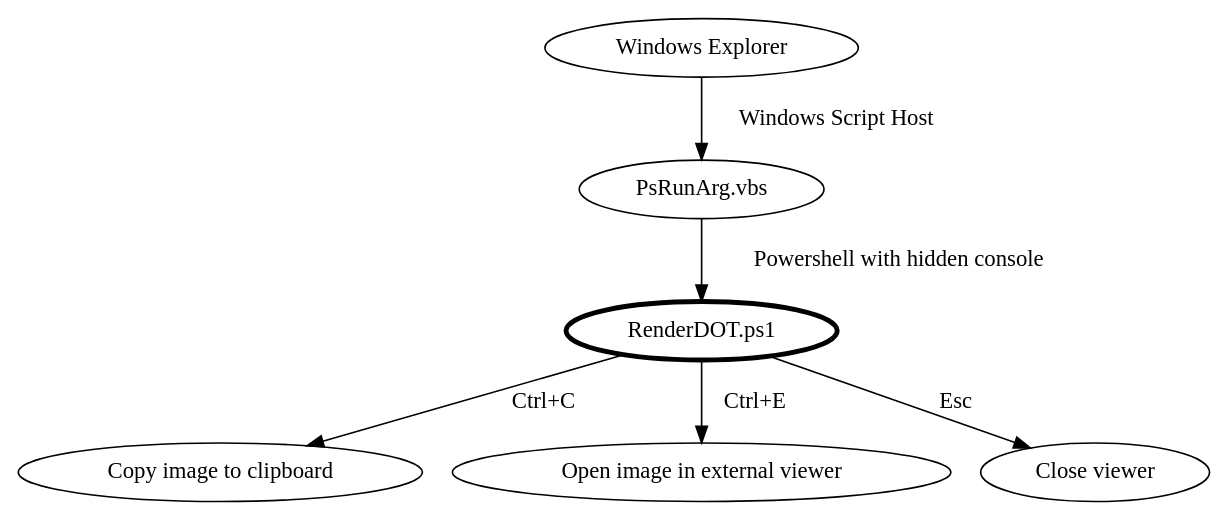
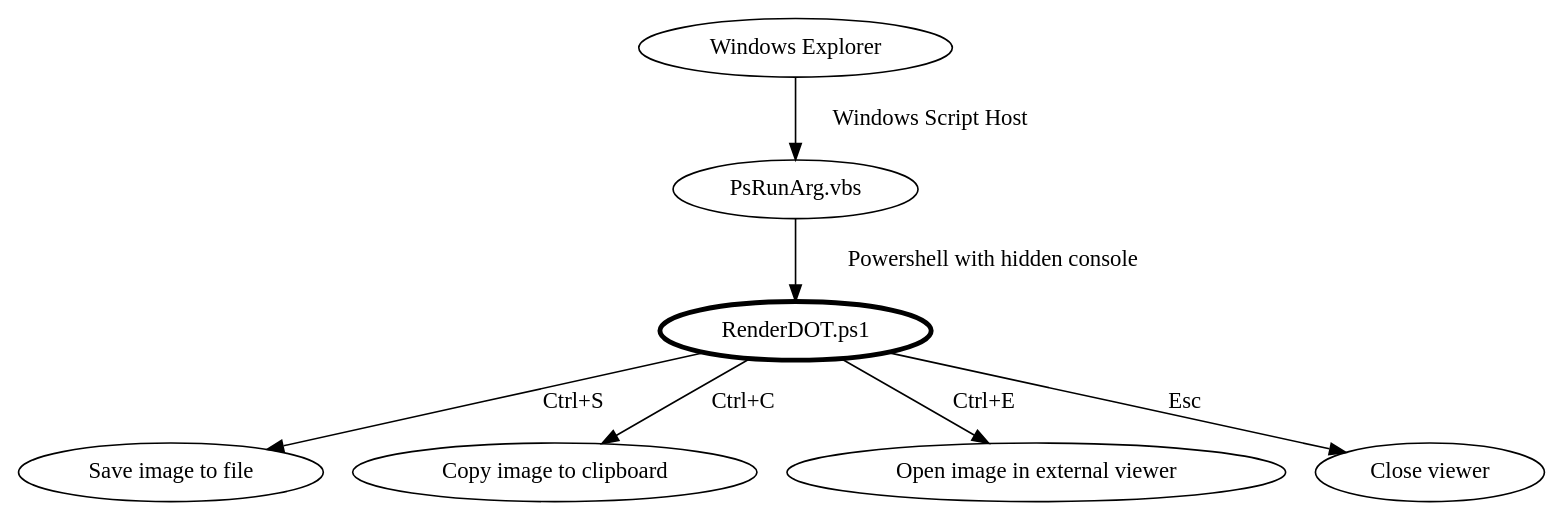
One commit to Robyt3/RenderDOT changed the diagram in example.dot. Above: the diagram before and after it, drawn with Graphviz. The commit also changed 2 other files, not shown here.

Commit message:
add ctrl+s hotkey to save image to file

```diff
--- a/example.dot
+++ b/example.dot
@@ -1,8 +1,9 @@
 digraph G {
 	"Windows Explorer" -> "PsRunArg.vbs" [label="  Windows Script Host  "];
 	"PsRunArg.vbs" -> "RenderDOT.ps1" [label="  Powershell with hidden console "];
 	"RenderDOT.ps1" [penwidth=3];
+	"RenderDOT.ps1" -> "Save image to file" [label="  Ctrl+S  "];
 	"RenderDOT.ps1" -> "Copy image to clipboard" [label="  Ctrl+C  "];
 	"RenderDOT.ps1" -> "Open image in external viewer" [label="  Ctrl+E  "];
 	"RenderDOT.ps1" -> "Close viewer" [label="  Esc  "];
 }
```
